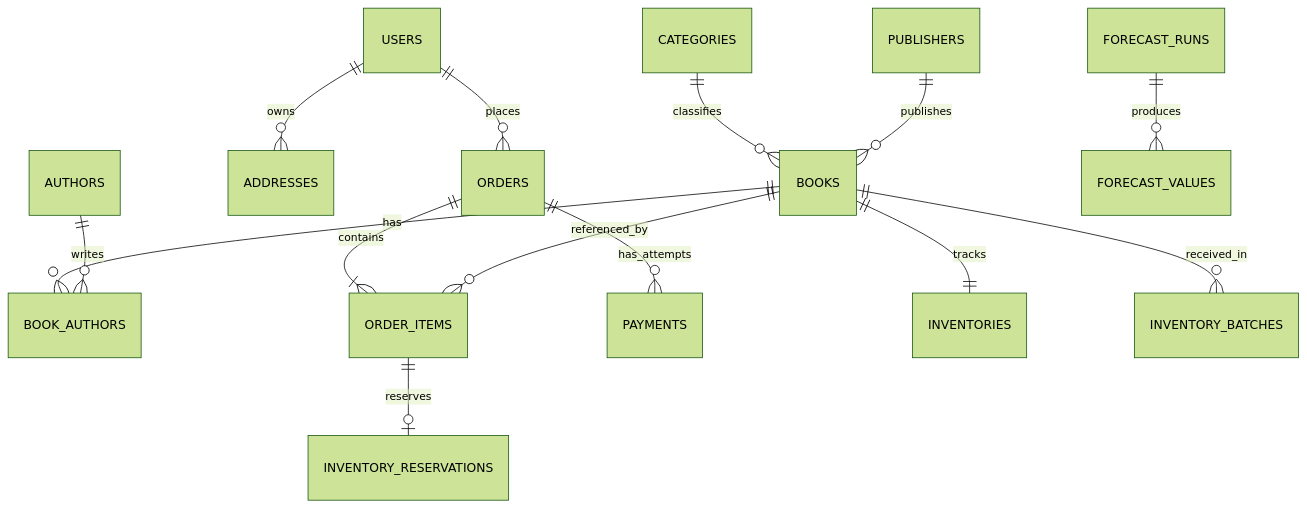
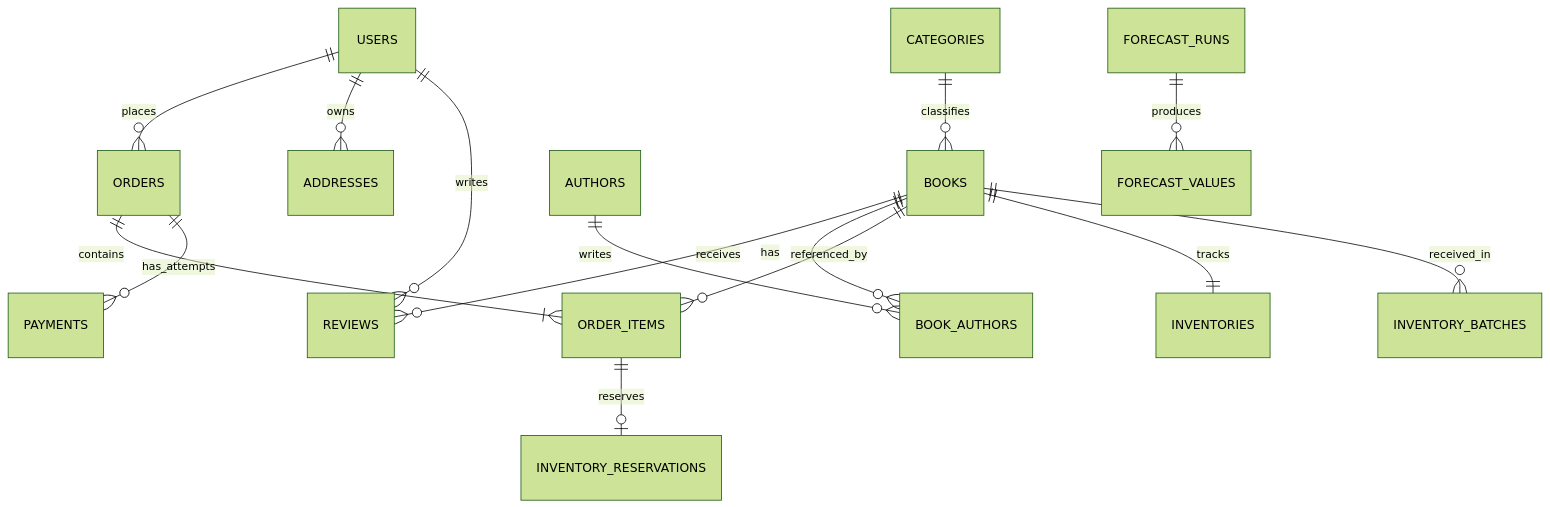
The diagram in docs/03-co-so-du-lieu.md (TienDung1205/DATN), drawn with Mermaid (forest theme) before and after one commit. The commit also changed other lines of this file and 5 other files, not shown here.

````diff
--- a/docs/03-co-so-du-lieu.md
+++ b/docs/03-co-so-du-lieu.md
@@ -55,16 +54,17 @@
 ```mermaid
 erDiagram
     USERS ||--o{ ORDERS : places
     USERS ||--o{ ADDRESSES : owns
     CATEGORIES ||--o{ BOOKS : classifies
-    PUBLISHERS ||--o{ BOOKS : publishes
+    USERS ||--o{ REVIEWS : writes
+    BOOKS ||--o{ REVIEWS : receives
     BOOKS ||--o{ BOOK_AUTHORS : has
     AUTHORS ||--o{ BOOK_AUTHORS : writes
     ORDERS ||--|{ ORDER_ITEMS : contains
     BOOKS ||--o{ ORDER_ITEMS : referenced_by
     ORDERS ||--o{ PAYMENTS : has_attempts
     BOOKS ||--|| INVENTORIES : tracks
     BOOKS ||--o{ INVENTORY_BATCHES : received_in
     ORDER_ITEMS ||--o| INVENTORY_RESERVATIONS : reserves
     FORECAST_RUNS ||--o{ FORECAST_VALUES : produces
 ```
````
